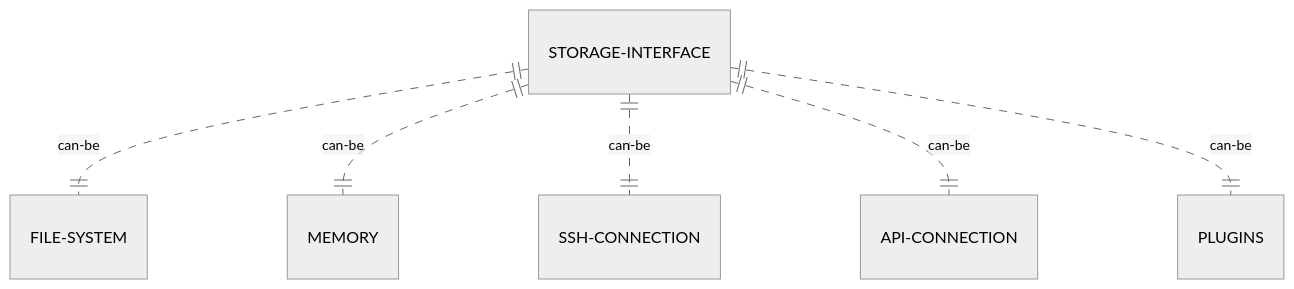
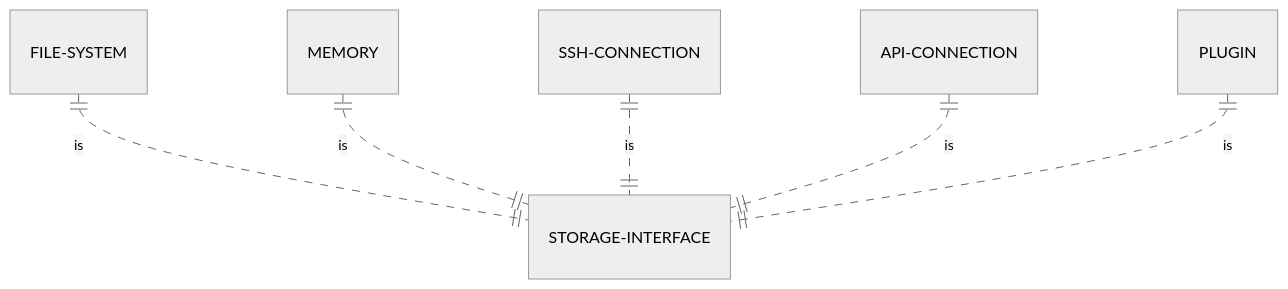
One commit to roughdrafts-xyz/Linki changed the fourth of 6 diagrams in README.md. Above: the diagram before and after it, drawn with Mermaid (neutral theme). The commit also changed other lines of this file, not shown here.

````diff
--- a/README.md
+++ b/README.md
@@ -53,8 +63,8 @@
 ```mermaid
 erDiagram
-STORAGE-INTERFACE||..||FILE-SYSTEM:can-be
-STORAGE-INTERFACE||..||MEMORY:can-be
-STORAGE-INTERFACE||..||SSH-CONNECTION:can-be
-STORAGE-INTERFACE||..||API-CONNECTION:can-be
-STORAGE-INTERFACE||..||PLUGINS:can-be
+FILE-SYSTEM||..||STORAGE-INTERFACE:is
+MEMORY||..||STORAGE-INTERFACE: is
+SSH-CONNECTION||..||STORAGE-INTERFACE: is
+API-CONNECTION||..||STORAGE-INTERFACE: is
+PLUGIN||..||STORAGE-INTERFACE: is
 ```
````
